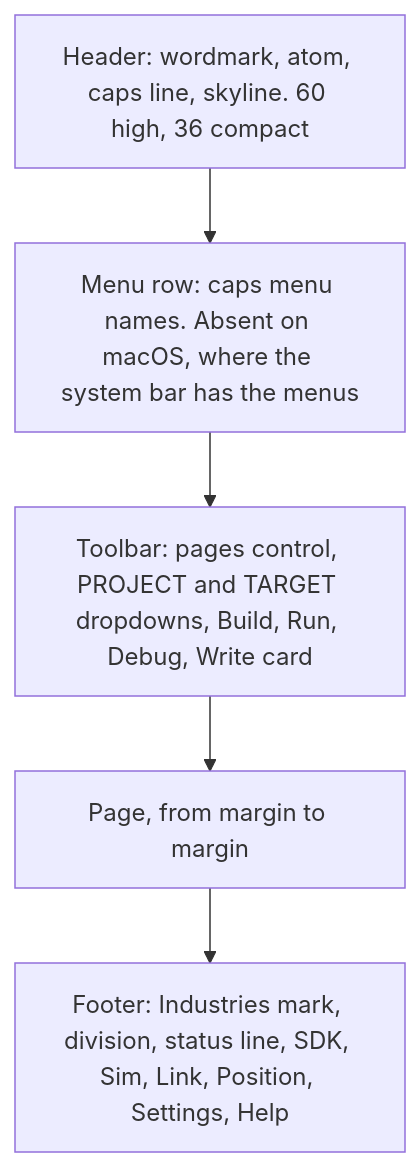
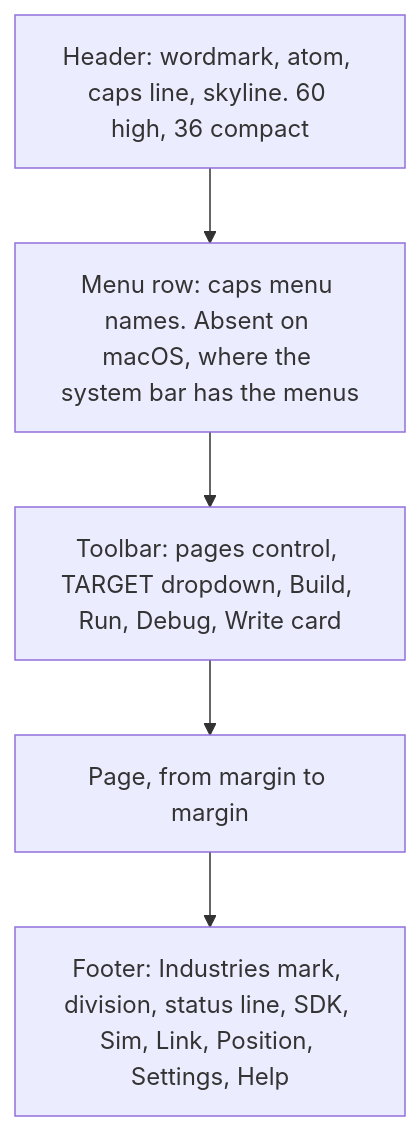
The fifth of 5 diagrams in docs/ARCHITECTURE.md (RobCo-Industries/RobCo-Studio), drawn with Mermaid before and after one commit. The commit also changed other lines of this file and 1 other file, not shown here.

Commit message:
Describe the toolbar without the project dropdown

````diff
--- a/docs/ARCHITECTURE.md
+++ b/docs/ARCHITECTURE.md
@@ -160,9 +160,9 @@
 ```mermaid
 flowchart TB
     H["Header: wordmark, atom, caps line, skyline. 60 high, 36 compact"]
     M["Menu row: caps menu names. Absent on macOS, where the system bar has the menus"]
-    T["Toolbar: pages control, PROJECT and TARGET dropdowns, Build, Run, Debug, Write card"]
+    T["Toolbar: pages control, TARGET dropdown, Build, Run, Debug, Write card"]
     P["Page, from margin to margin"]
     F["Footer: Industries mark, division, status line, SDK, Sim, Link, Position, Settings, Help"]
     H --> M --> T --> P --> F
 ```
````
